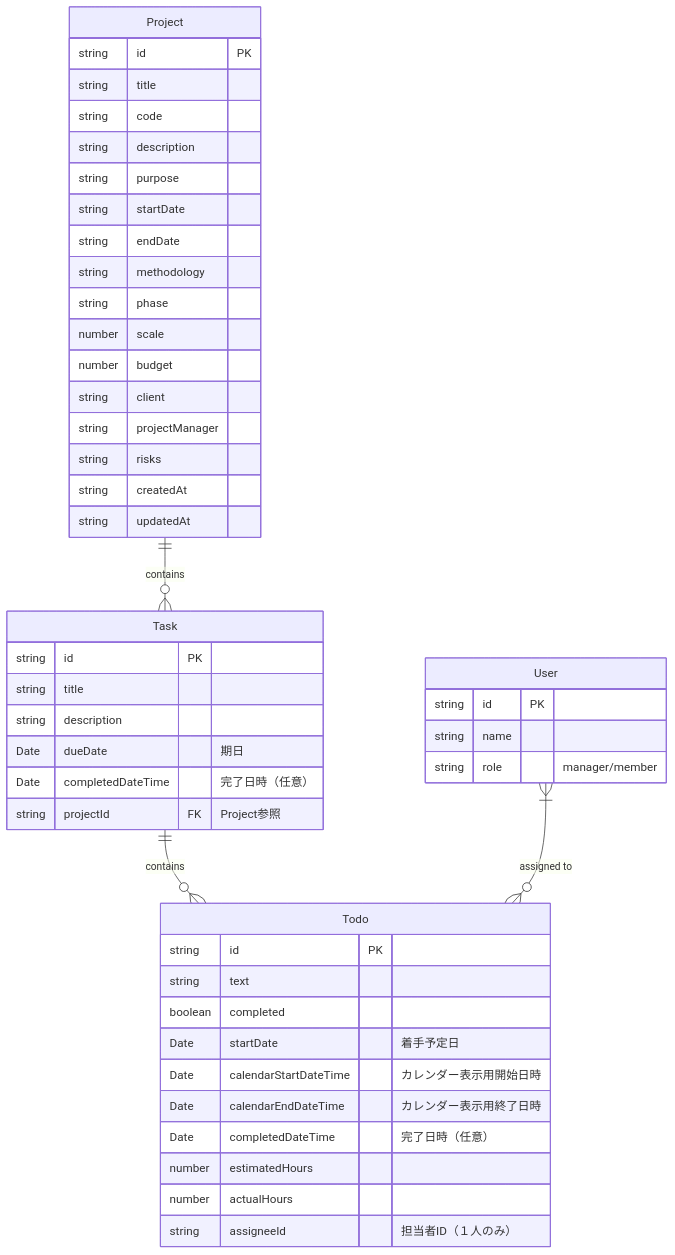
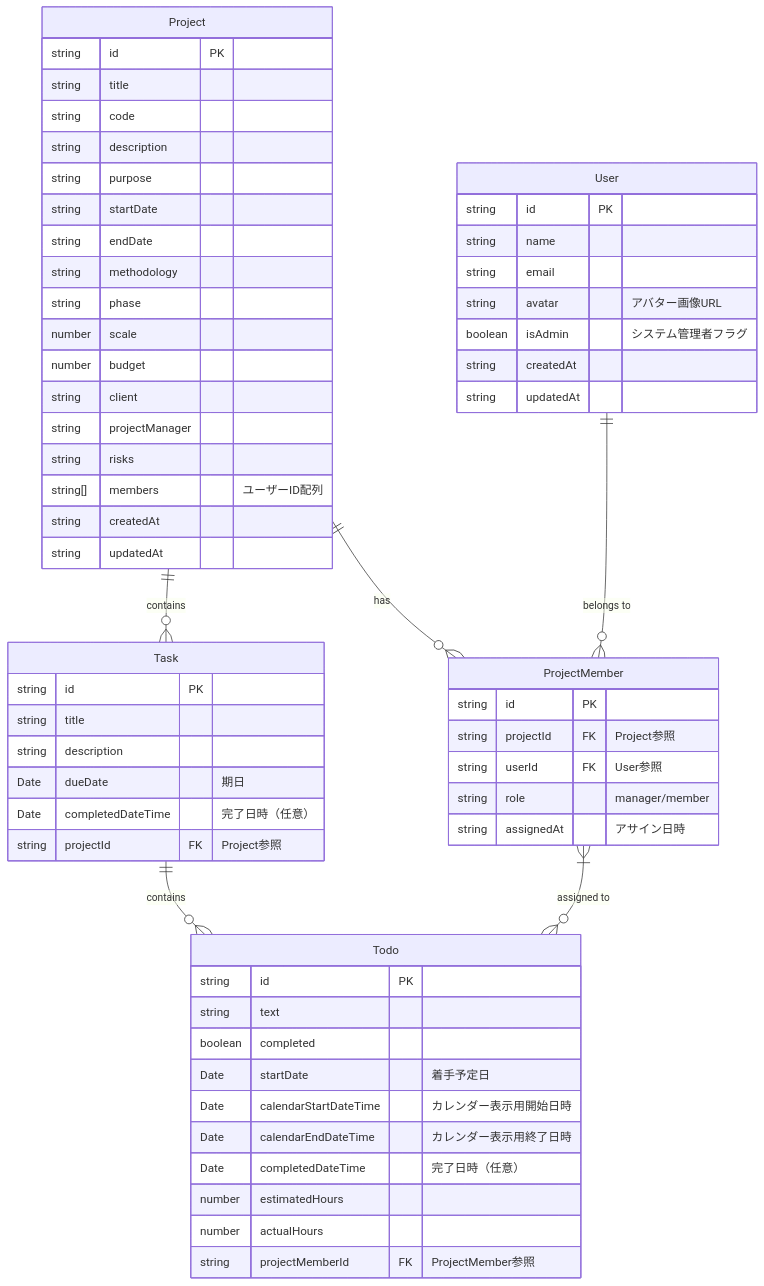
One commit to whiten-admin/play-ground1 changed the diagram in docs/data-model.md. Above: the diagram before and after it, drawn with Mermaid. The commit also changed other lines of this file and 22 other files, not shown here.

````diff
--- a/docs/data-model.md
+++ b/docs/data-model.md
@@ -7,53 +7,68 @@
 ```mermaid
 erDiagram
     Project ||--o{ Task : "contains"
     Task ||--o{ Todo : "contains"
-    User }|--o{ Todo : "assigned to"
+    ProjectMember }|--o{ Todo : "assigned to"
+    Project ||--o{ ProjectMember : "has"
+    User ||--o{ ProjectMember : "belongs to"
 
     Project {
         string id PK
         string title
         string code
         string description
         string purpose
         string startDate
         string endDate
         string methodology
         string phase
         number scale
         number budget
         string client
         string projectManager
         string risks
+        string[] members "ユーザーID配列"
         string createdAt
         string updatedAt
     }
 
     Task {
         string id PK
         string title
         string description
         Date dueDate "期日"
         Date completedDateTime "完了日時（任意）"
         string projectId FK "Project参照"
     }
 
     Todo {
         string id PK
         string text
         boolean completed
         Date startDate "着手予定日"
         Date calendarStartDateTime "カレンダー表示用開始日時"
         Date calendarEndDateTime "カレンダー表示用終了日時"
         Date completedDateTime "完了日時（任意）"
         number estimatedHours
         number actualHours
-        string assigneeId "担当者ID（１人のみ）"
+        string projectMemberId FK "ProjectMember参照"
     }
 
     User {
         string id PK
         string name
+        string email
+        string avatar "アバター画像URL"
+        boolean isAdmin "システム管理者フラグ"
+        string createdAt
+        string updatedAt
+    }
+    
+    ProjectMember {
+        string id PK
+        string projectId FK "Project参照"
+        string userId FK "User参照"
         string role "manager/member"
+        string assignedAt "アサイン日時"
     }
 ```
````
